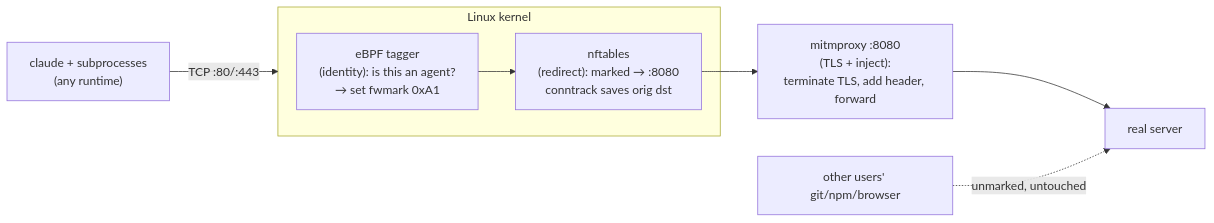
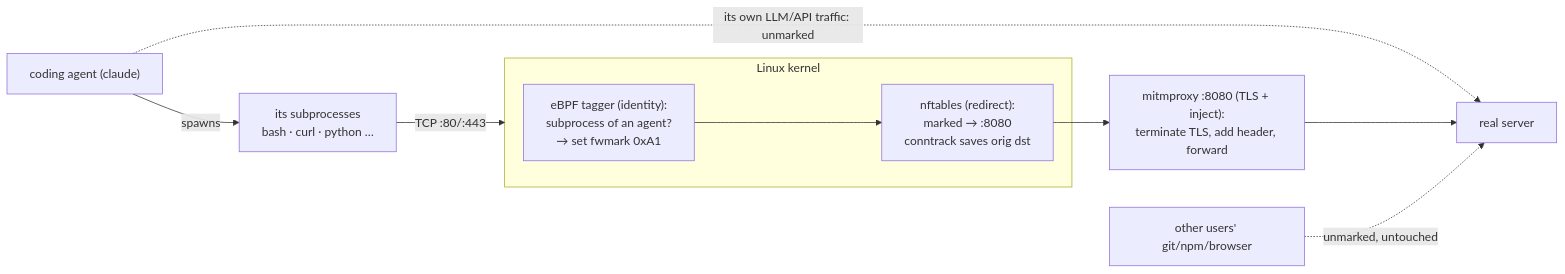
The diagram in README.md (Budlee/agentmark), drawn with Mermaid before and after one commit. The commit also changed other lines of this file and 4 other files, not shown here.

First line of the commit message:
tagger: mark only an agent's subprocesses, not the agent itself

````diff
--- a/README.md
+++ b/README.md
@@ -29,12 +30,14 @@
 ```mermaid
 flowchart LR
-    A["claude + subprocesses<br/>(any runtime)"] -->|TCP :80/:443| K
+    A["coding agent (claude)"] -.->|its own LLM/API traffic: unmarked| S
+    A -->|spawns| SUB["its subprocesses<br/>bash · curl · python …"]
+    SUB -->|TCP :80/:443| K
     subgraph K["Linux kernel"]
-      EBPF["eBPF tagger<br/>(identity): is this an agent?<br/>→ set fwmark 0xA1"]
-      NFT["nftables<br/>(redirect): marked → :8080<br/>conntrack saves orig dst"]
+      EBPF["eBPF tagger (identity):<br/>subprocess of an agent?<br/>→ set fwmark 0xA1"]
+      NFT["nftables (redirect):<br/>marked → :8080<br/>conntrack saves orig dst"]
       EBPF --> NFT
     end
-    NFT --> PX["mitmproxy :8080<br/>(TLS + inject):<br/>terminate TLS, add header, forward"]
+    NFT --> PX["mitmproxy :8080 (TLS + inject):<br/>terminate TLS, add header, forward"]
     PX --> S["real server"]
     G["other users' git/npm/browser"] -.->|unmarked, untouched| S
 ```
````
